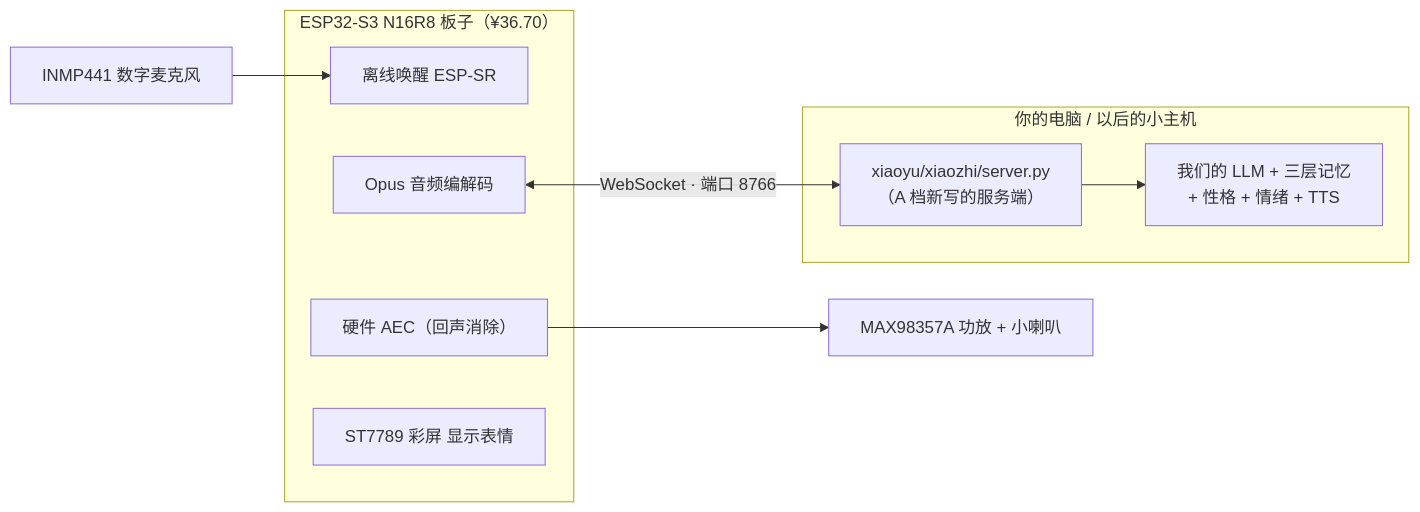
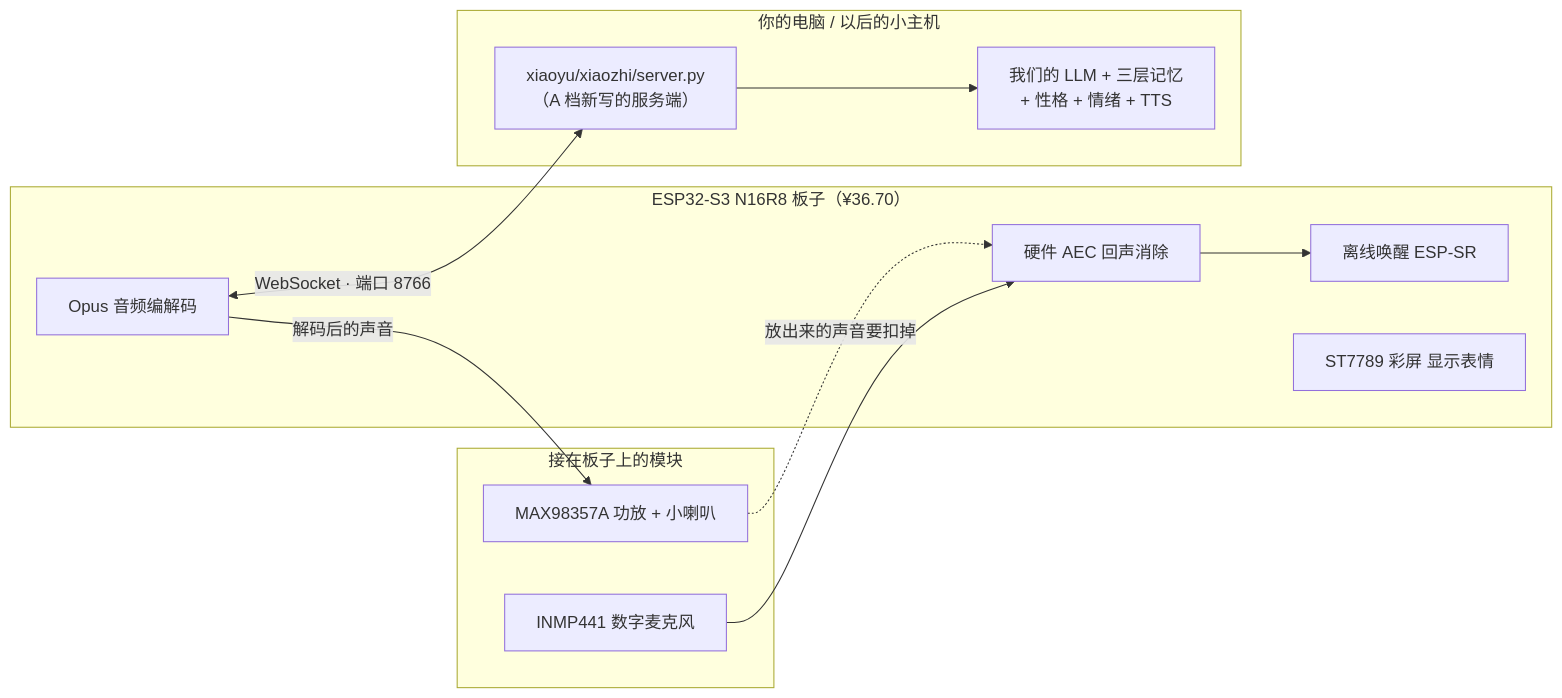
Before and after one commit to xiaoxiaoyu66/xiaoyu-robot: the second of 2 diagrams in docs/小柚子是怎么实现的.md, drawn with Mermaid.

Commit message:
docs(全景): 重排 A 档拓扑图 —— 原来 AEC -> 功放 的箭头读起来是反的
原图两根箭头方向含糊：`EA --> AMP` 读起来像"回声消除的输出进了功放"。
改成按数据流画：
  麦克风 -> AEC -> 离线唤醒
  Opus 解码 -> 功放 + 小喇叭，喇叭放出来的声音回流到 AEC 扣掉
  Opus <-WebSocket:8766-> 服务端 -> 大脑
并把模块分进三个子图（板子上 / 接在板子上的 / 主机），不再挤成一坨。

纯文档，代码零改动；两条 mermaid 都过了官方解析器。
测试：unittest 504 / pytest 504，两种跑法一致。

````diff
--- a/docs/小柚子是怎么实现的.md
+++ b/docs/小柚子是怎么实现的.md
@@ -359,17 +359,22 @@
 ```mermaid
 flowchart LR
     subgraph DEV["ESP32-S3 N16R8 板子（¥36.70）"]
+        EA["硬件 AEC 回声消除"]
         EK["离线唤醒 ESP-SR"]
-        EA["硬件 AEC（回声消除）"]
         EO["Opus 音频编解码"]
         EL["ST7789 彩屏 显示表情"]
+    end
+    subgraph EXT["接在板子上的模块"]
+        MIC["INMP441 数字麦克风"]
+        AMP["MAX98357A 功放 + 小喇叭"]
     end
     subgraph HOST["你的电脑 / 以后的小主机"]
         SRV["xiaoyu/xiaozhi/server.py<br/>（A 档新写的服务端）"]
         BRAIN["我们的 LLM + 三层记忆<br/>+ 性格 + 情绪 + TTS"]
     end
-    MIC["INMP441 数字麦克风"] --> EK
-    EA --> AMP["MAX98357A 功放 + 小喇叭"]
+    MIC --> EA --> EK
+    AMP -. "放出来的声音要扣掉" .-> EA
+    EO -->|"解码后的声音"| AMP
     EO <-->|"WebSocket · 端口 8766"| SRV
     SRV --> BRAIN
 ```
````
